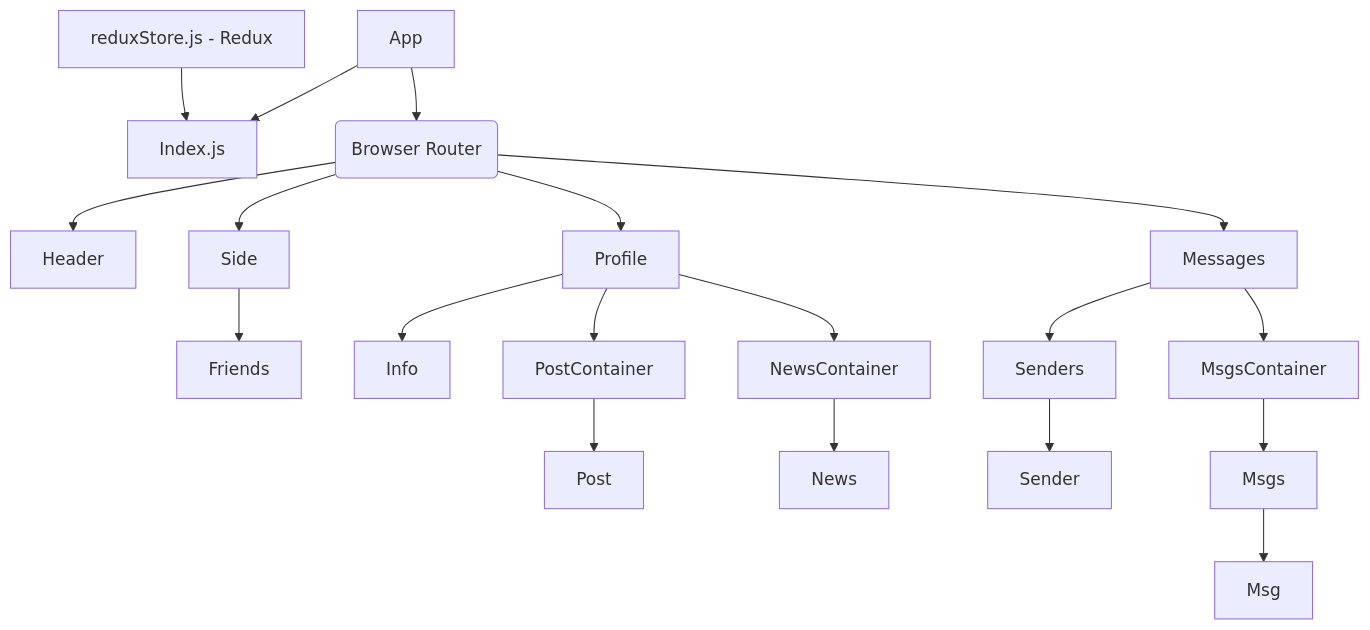
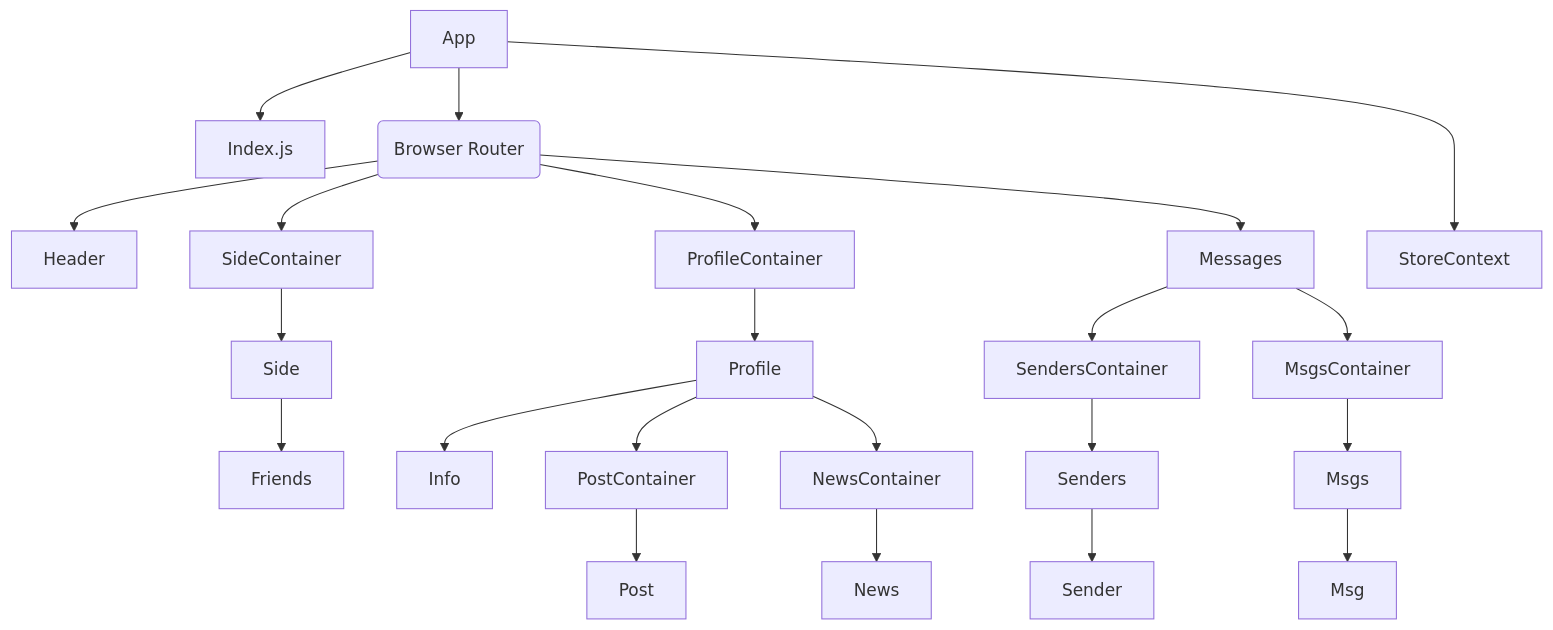
The diagram in my-app/README.md (anna1luna/react_redux), drawn with Mermaid before and after one commit.

````diff
--- a/my-app/README.md
+++ b/my-app/README.md
@@ -1,25 +1,30 @@
 ```mermaid
 
+
 flowchart TD;
-00[reduxStore.js - Redux]
-    00-->0[Index.js]
+    0[Index.js]
     A[App] -->0
 A[App] -->B(Browser Router);
 B --> D[Header];
-B -->E[Side];
-B -->F[Profile];
+B -->E[SideContainer];
+B -->F[ProfileContainer];
 B -->G[Messages];
-F -->F1[Info];
-F -->F2[PostContainer];
-F -->F3[NewsContainer];
-G -->G1[Senders];
+F[ProfileContainer] -->FF[Profile]
+FF -->F1[Info];
+FF -->F2[PostContainer];
+FF -->F3[NewsContainer];
+G[Messages] -->G1[SendersContainer];
 G -->G2[MsgsContainer];
-G1-->G1_1[Sender];
-E -->E1[Friends]
+G1[SendersContainer]-->G1_1[Senders];
+G1_1[Senders] --> G1_2[Sender]
+E[SideContainer]-->EE[Side]
+EE -->E1[Friends]
  F2 --> PostContainer[Post ];
  F3 --> NewsContainer[News ];
  G2  --> G2_2[Msgs];
  G2_2 --> G_2_2[Msg]
+ A[App] --->A1[StoreContext]
+
 
 
 ```
````
